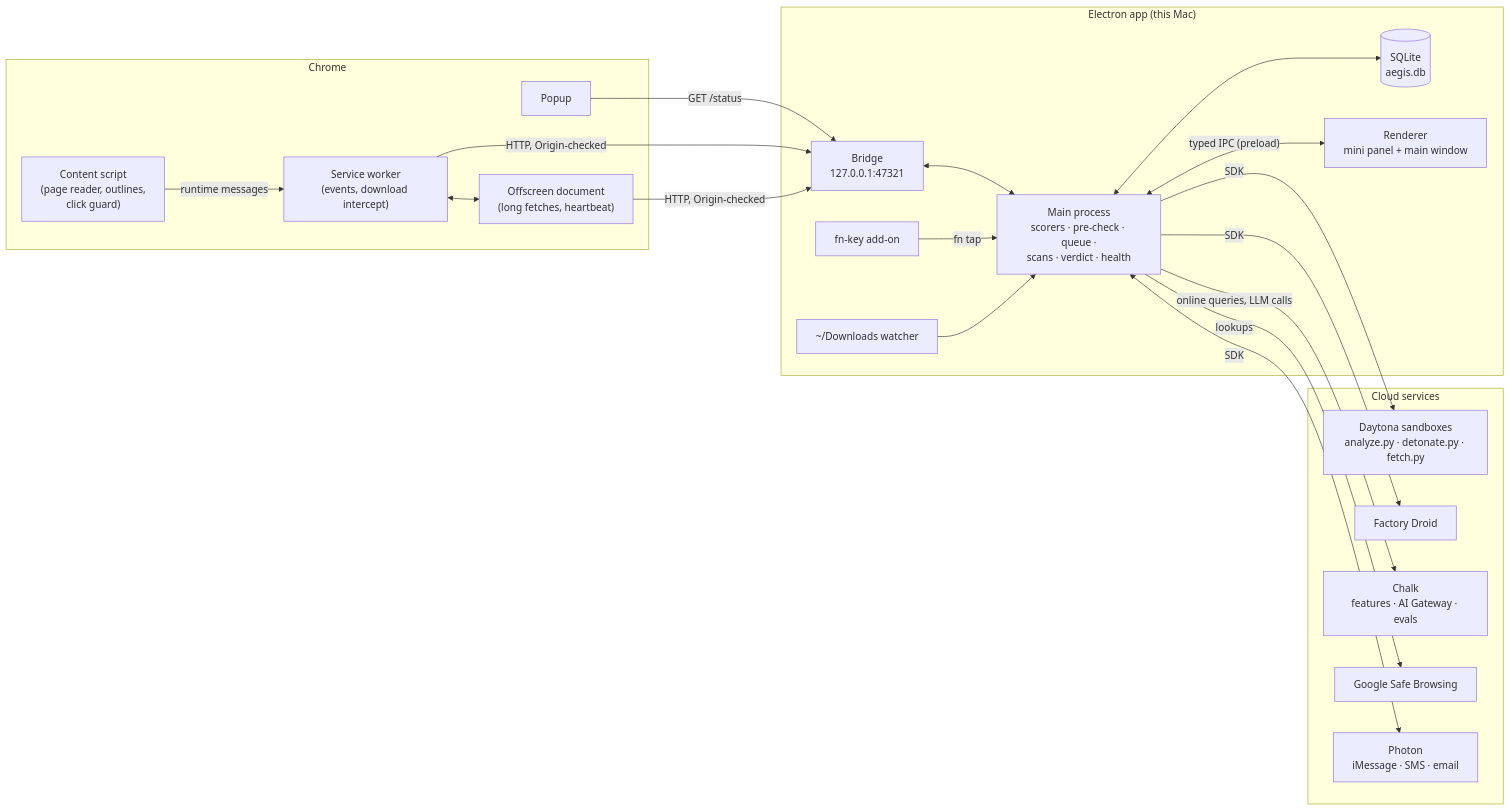
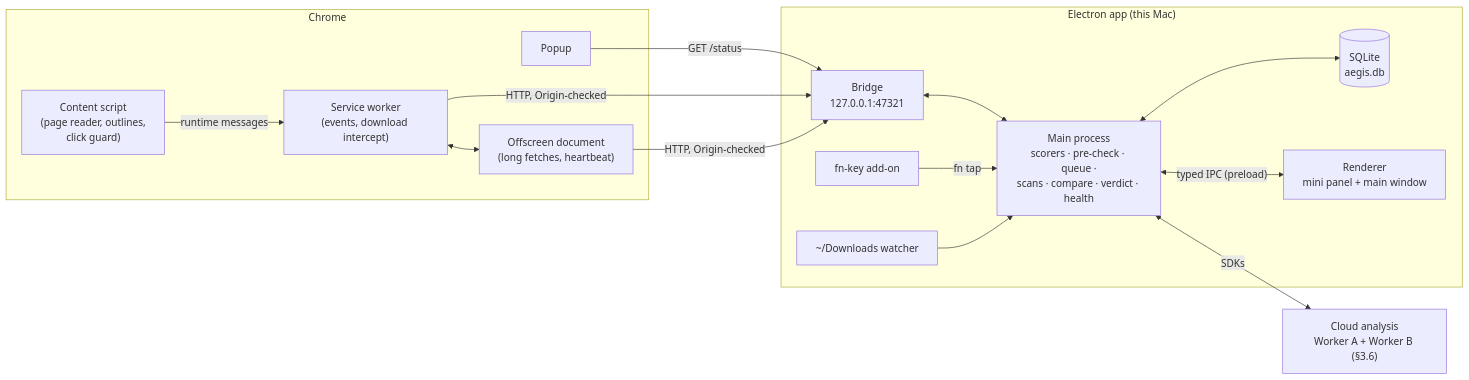
Before and after one commit to evandong1976/Aegis: the second of 8 diagrams in docs/architectural.md, drawn with Mermaid. The commit also changed other lines of this file and 3 other files, not shown here.

First line of the commit message:
docs: two analysis workers (Daytona + Droid, Chalk standalone), compared

````diff
--- a/docs/architectural.md
+++ b/docs/architectural.md
@@ -36,42 +72,32 @@
 ```mermaid
 flowchart LR
   subgraph Chrome["Chrome"]
     CS["Content script<br/>(page reader, outlines,<br/>click guard)"]
     SW["Service worker<br/>(events, download intercept)"]
     OFF["Offscreen document<br/>(long fetches, heartbeat)"]
     POP["Popup"]
   end
 
   subgraph Mac["Electron app (this Mac)"]
     BR["Bridge<br/>127.0.0.1:47321"]
-    CORE["Main process<br/>scorers · pre-check · queue ·<br/>scans · verdict · health"]
+    CORE["Main process<br/>scorers · pre-check · queue ·<br/>scans · compare · verdict · health"]
     DB[("SQLite<br/>aegis.db")]
     UI["Renderer<br/>mini panel + main window"]
     FN["fn-key add-on"]
     WATCH["~/Downloads watcher"]
   end
 
-  subgraph Cloud["Cloud services"]
-    DAY["Daytona sandboxes<br/>analyze.py · detonate.py · fetch.py"]
-    DROID["Factory Droid"]
-    CHALK["Chalk<br/>features · AI Gateway · evals"]
-    SB["Google Safe Browsing"]
-    PHO["Photon<br/>iMessage · SMS · email"]
-  end
+  CLOUD["Cloud analysis<br/>Worker A + Worker B (§3.6)"]
 
   CS -- "runtime messages" --> SW
   SW <--> OFF
   POP -- "GET /status" --> BR
   SW -- "HTTP, Origin-checked" --> BR
   OFF -- "HTTP, Origin-checked" --> BR
   BR <--> CORE
   CORE <--> DB
   CORE <-->|"typed IPC (preload)"| UI
   FN -- "fn tap" --> CORE
   WATCH --> CORE
-  CORE -- "SDK" --> DAY
-  CORE -- "SDK" --> DROID
-  CORE -- "online queries, LLM calls" --> CHALK
-  CORE -- "lookups" --> SB
-  CORE <-->|SDK| PHO
+  CORE <-->|"SDKs"| CLOUD
 ```
````
